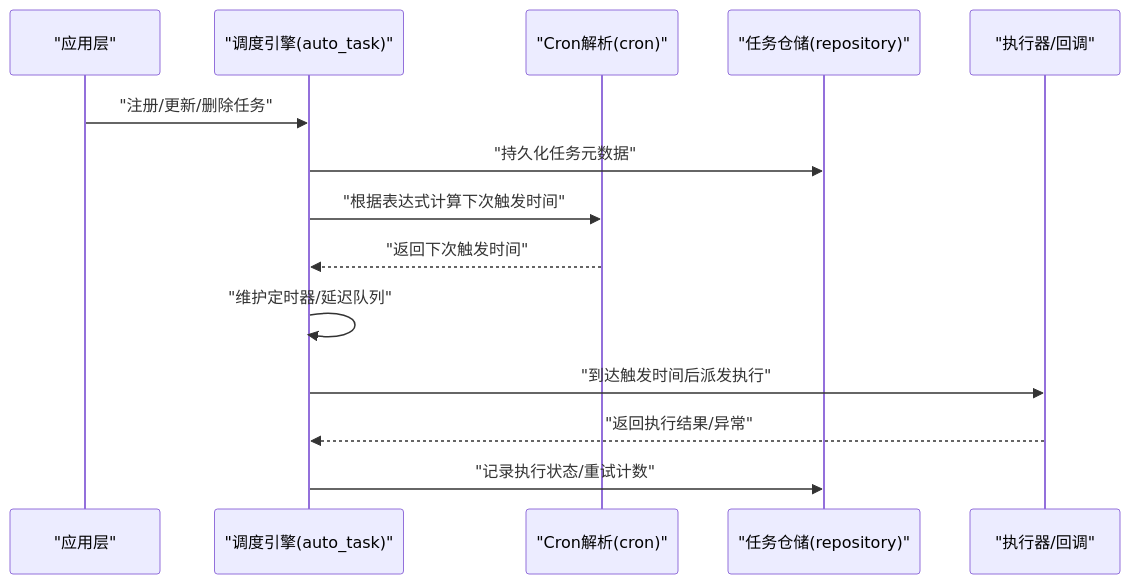
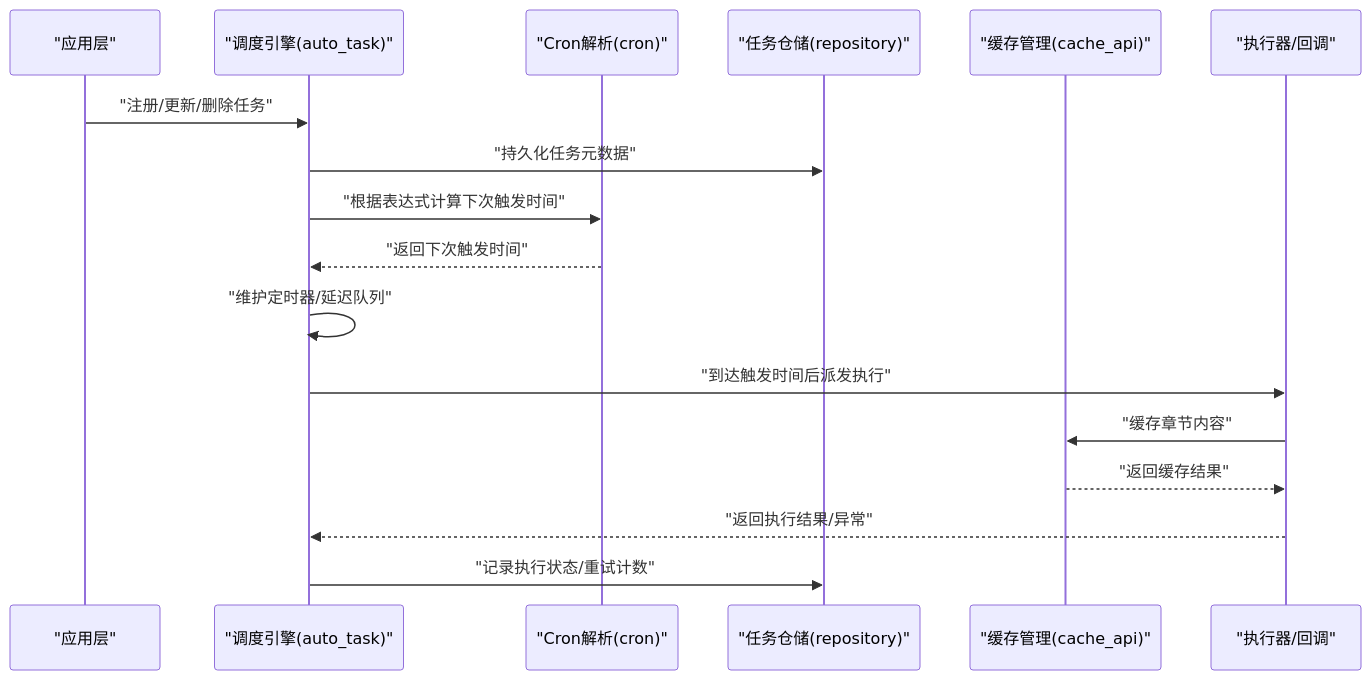
Before and after one commit to ZhangGHGitHub/LegadoTeamFlutter: the second of 7 diagrams in .qoder/repowiki/zh/content/同步服务/自动任务调度.md, drawn with Mermaid. The commit also changed other lines of this file and 173 other files, not shown here.

````diff
--- a/.qoder/repowiki/zh/content/同步服务/自动任务调度.md
+++ b/.qoder/repowiki/zh/content/同步服务/自动任务调度.md
@@ -90,16 +114,19 @@
 ```mermaid
 sequenceDiagram
 participant App as "应用层"
 participant Core as "调度引擎(auto_task)"
 participant Cron as "Cron解析(cron)"
 participant Repo as "任务仓储(repository)"
+participant Cache as "缓存管理(cache_api)"
 participant Exec as "执行器/回调"
 App->>Core : "注册/更新/删除任务"
 Core->>Repo : "持久化任务元数据"
 Core->>Cron : "根据表达式计算下次触发时间"
 Cron-->>Core : "返回下次触发时间"
 Core->>Core : "维护定时器/延迟队列"
 Core->>Exec : "到达触发时间后派发执行"
+Exec->>Cache : "缓存章节内容"
+Cache-->>Exec : "返回缓存结果"
 Exec-->>Core : "返回执行结果/异常"
 Core->>Repo : "记录执行状态/重试计数"
 ```
````
